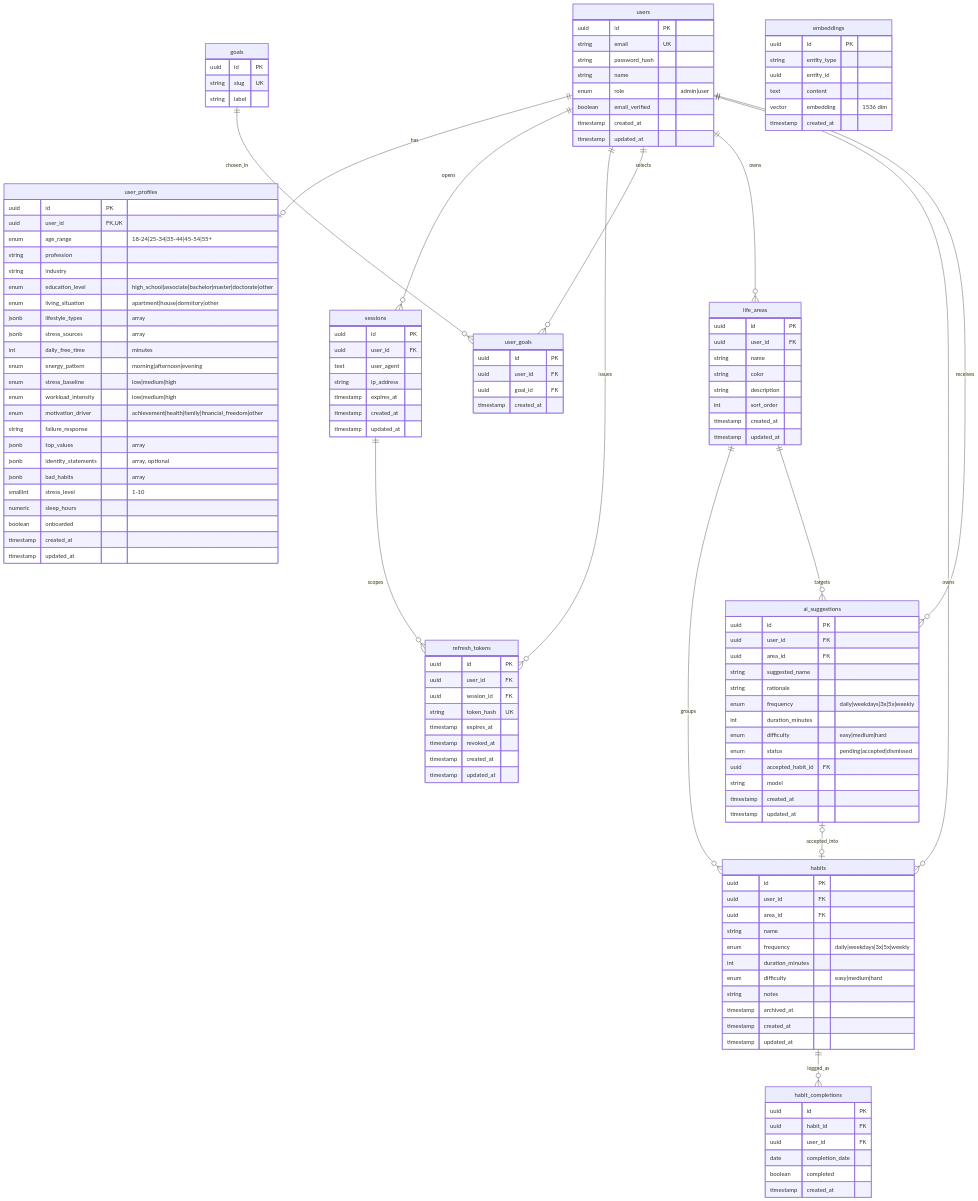
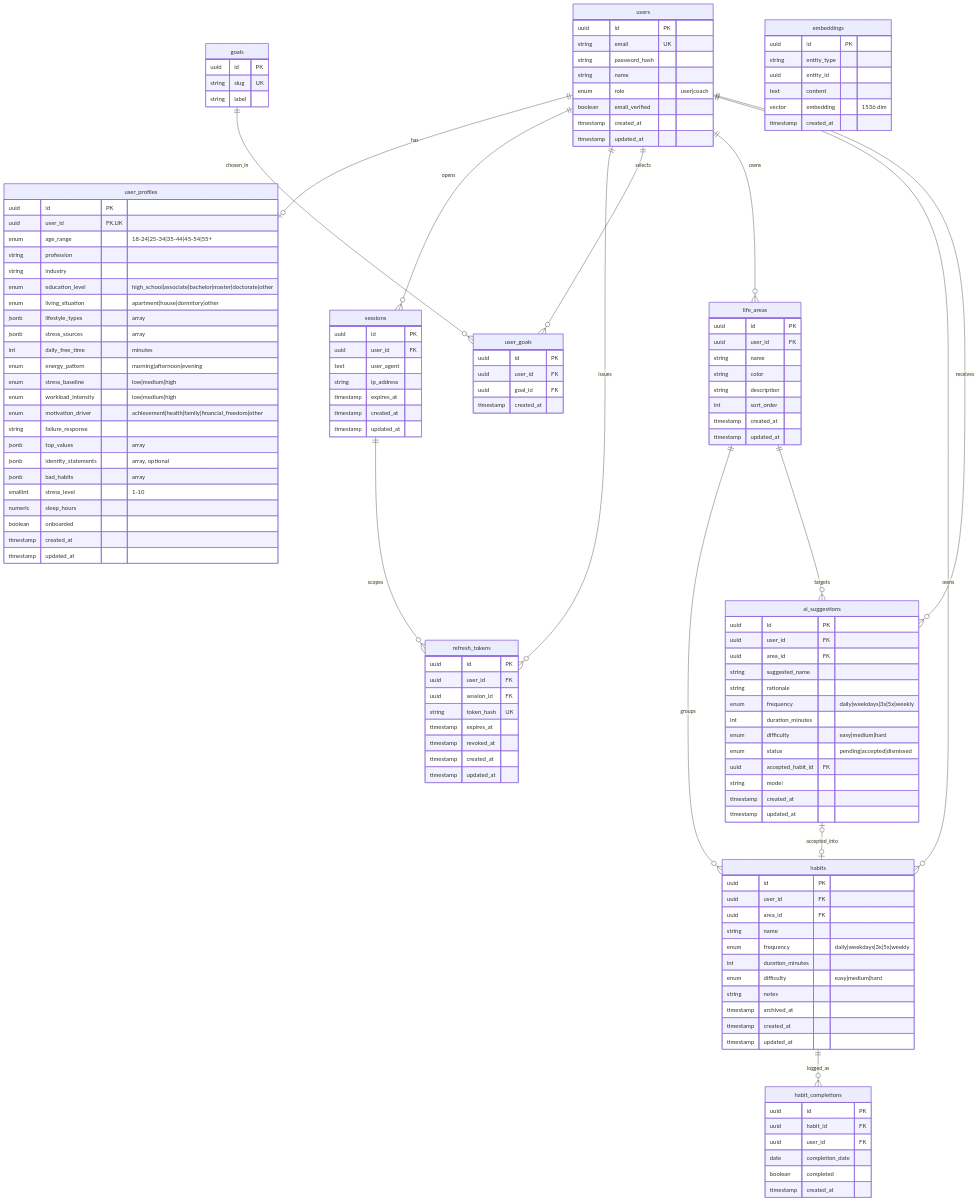
Before and after one commit to MoustafaWehbe/onramp-fp-lifepulse-app: the diagram in docs/ERD.md, drawn with Mermaid. The commit also changed other lines of this file and 37 other files, not shown here.

```diff
--- a/docs/ERD.md
+++ b/docs/ERD.md
@@ -47,7 +47,7 @@
         string email UK
         string password_hash
         string name
-        enum role "admin|user"
+        enum role "user|coach"
         boolean email_verified
         timestamp created_at
         timestamp updated_at
```
